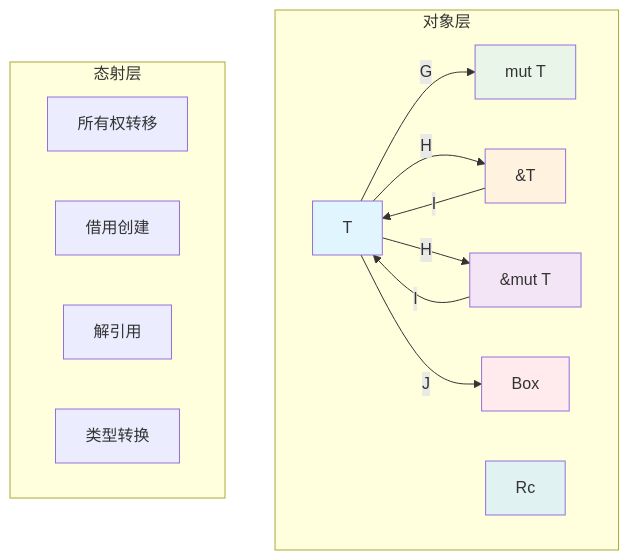
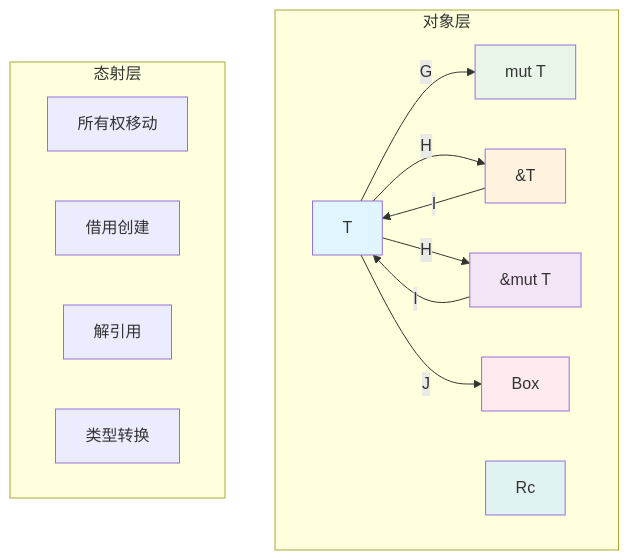
One commit to martin-ly/rust-lang changed the first of 3 diagrams in formal_rust/refactor/01_core_theory/01_variable_system/02_category_theory.md. Above: the diagram before and after it, drawn with Mermaid. The commit also changed other lines of this file and 5740 other files, not shown here.

````diff
--- a/formal_rust/refactor/01_core_theory/01_variable_system/02_category_theory.md
+++ b/formal_rust/refactor/01_core_theory/01_variable_system/02_category_theory.md
@@ -242,32 +242,32 @@
 ```mermaid
 graph TB
     subgraph "对象层"
         A[T]
         B[mut T]
         C[&T]
         D[&mut T]
         E[Box<T>]
         F[Rc<T>]
     end
     
     subgraph "态射层"
-        G[所有权转移]
+        G[所有权移动]
         H[借用创建]
         I[解引用]
         J[类型转换]
     end
     
     A -->|G| B
     A -->|H| C
     A -->|H| D
     A -->|J| E
     C -->|I| A
     D -->|I| A
     
     style A fill:#e1f5fe
     style B fill:#e8f5e8
     style C fill:#fff3e0
     style D fill:#f3e5f5
     style E fill:#ffebee
     style F fill:#e0f2f1
 ```
````
